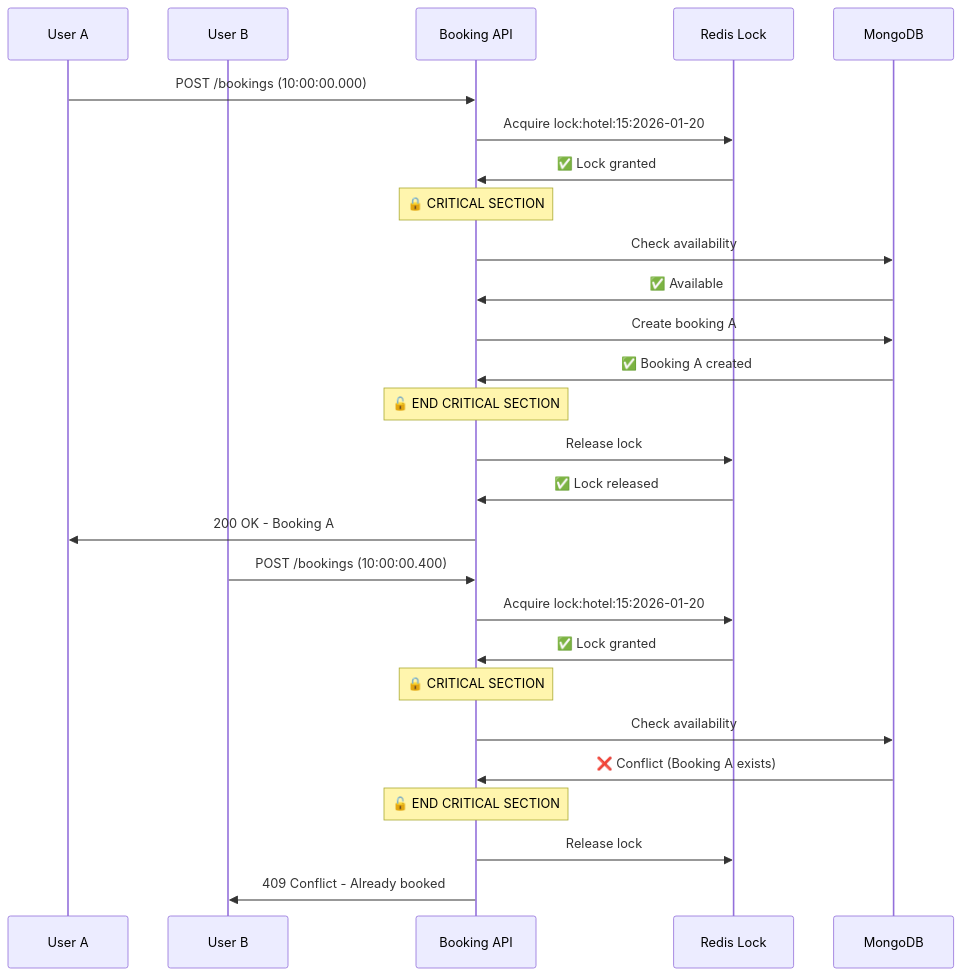
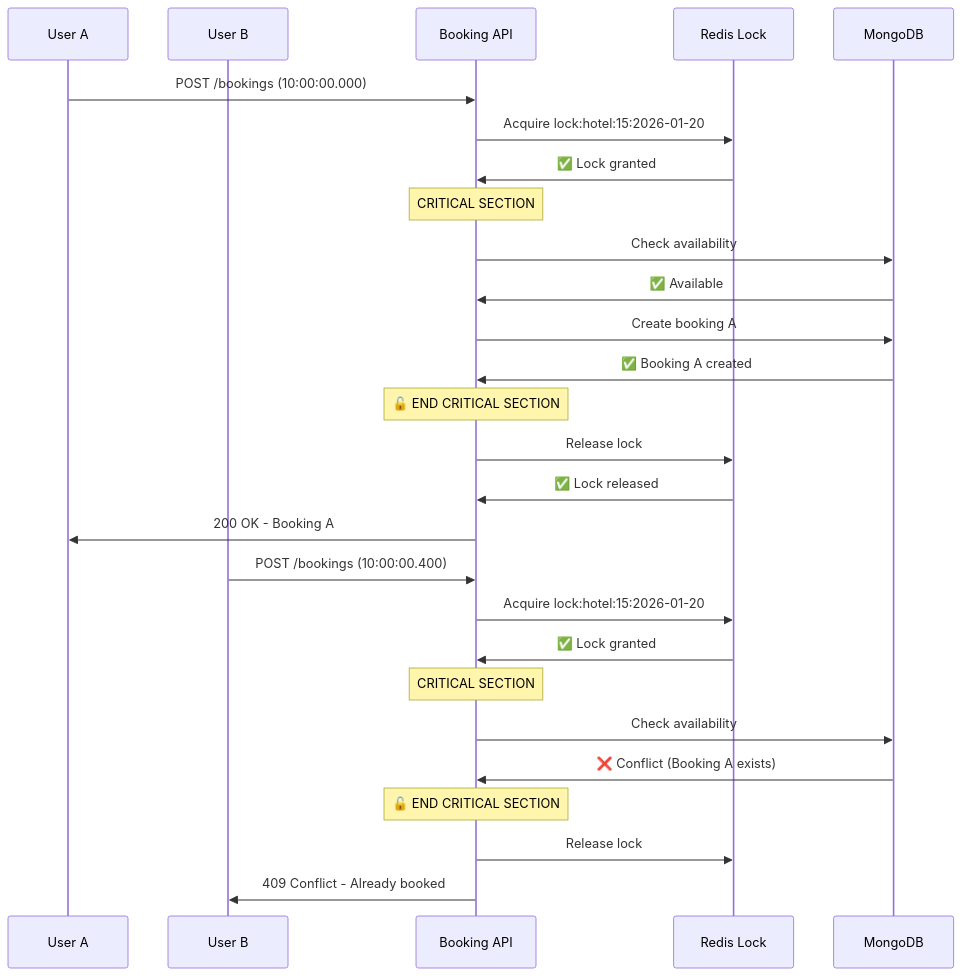
The second of 3 diagrams in infomation_md/REDIS_LOCK_OVERBOOKING.md (khadonnn/stazy_travel), drawn with Mermaid before and after one commit. The commit also changed other lines of this file and 59 other files, not shown here.

````diff
--- a/infomation_md/REDIS_LOCK_OVERBOOKING.md
+++ b/infomation_md/REDIS_LOCK_OVERBOOKING.md
@@ -359,35 +359,35 @@
 ```mermaid
 sequenceDiagram
     participant U1 as User A
     participant U2 as User B
     participant API as Booking API
     participant Redis as Redis Lock
     participant DB as MongoDB
 
     U1->>API: POST /bookings (10:00:00.000)
     API->>Redis: Acquire lock:hotel:15:2026-01-20
     Redis->>API: ✅ Lock granted
 
-    Note over API: 🔒 CRITICAL SECTION
+    Note over API:  CRITICAL SECTION
     API->>DB: Check availability
     DB->>API: ✅ Available
     API->>DB: Create booking A
     DB->>API: ✅ Booking A created
     Note over API: 🔓 END CRITICAL SECTION
 
     API->>Redis: Release lock
     Redis->>API: ✅ Lock released
     API->>U1: 200 OK - Booking A
 
     U2->>API: POST /bookings (10:00:00.400)
     API->>Redis: Acquire lock:hotel:15:2026-01-20
     Redis->>API: ✅ Lock granted
 
-    Note over API: 🔒 CRITICAL SECTION
+    Note over API:  CRITICAL SECTION
     API->>DB: Check availability
     DB->>API: ❌ Conflict (Booking A exists)
     Note over API: 🔓 END CRITICAL SECTION
 
     API->>Redis: Release lock
     API->>U2: 409 Conflict - Already booked
 ```
````
